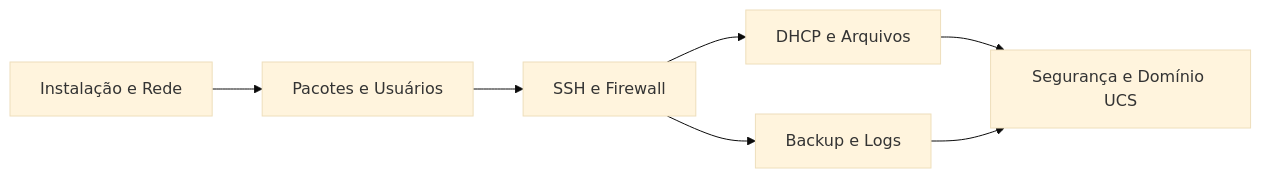
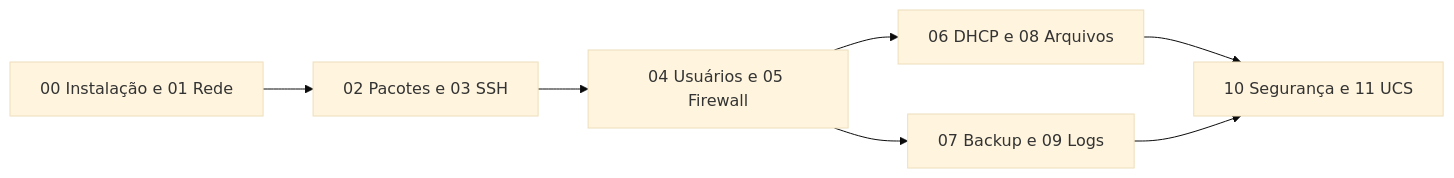
Before and after one commit to Redes-de-computadores/servidores: the diagram in README.md, drawn with Mermaid (base theme). The commit also changed other lines of this file and 7 other files, not shown here.

````diff
--- a/README.md
+++ b/README.md
@@ -31,9 +31,9 @@
 ```mermaid
 flowchart LR
-    A[Instalação e Rede] --> B[Pacotes e Usuários]
-    B --> C[SSH e Firewall]
-    C --> D[DHCP e Arquivos]
-    C --> E[Backup e Logs]
-    D --> F[Segurança e Domínio UCS]
+    A[00 Instalação e 01 Rede] --> B[02 Pacotes e 03 SSH]
+    B --> C[04 Usuários e 05 Firewall]
+    C --> D[06 DHCP e 08 Arquivos]
+    C --> E[07 Backup e 09 Logs]
+    D --> F[10 Segurança e 11 UCS]
     E --> F
 ```
````
